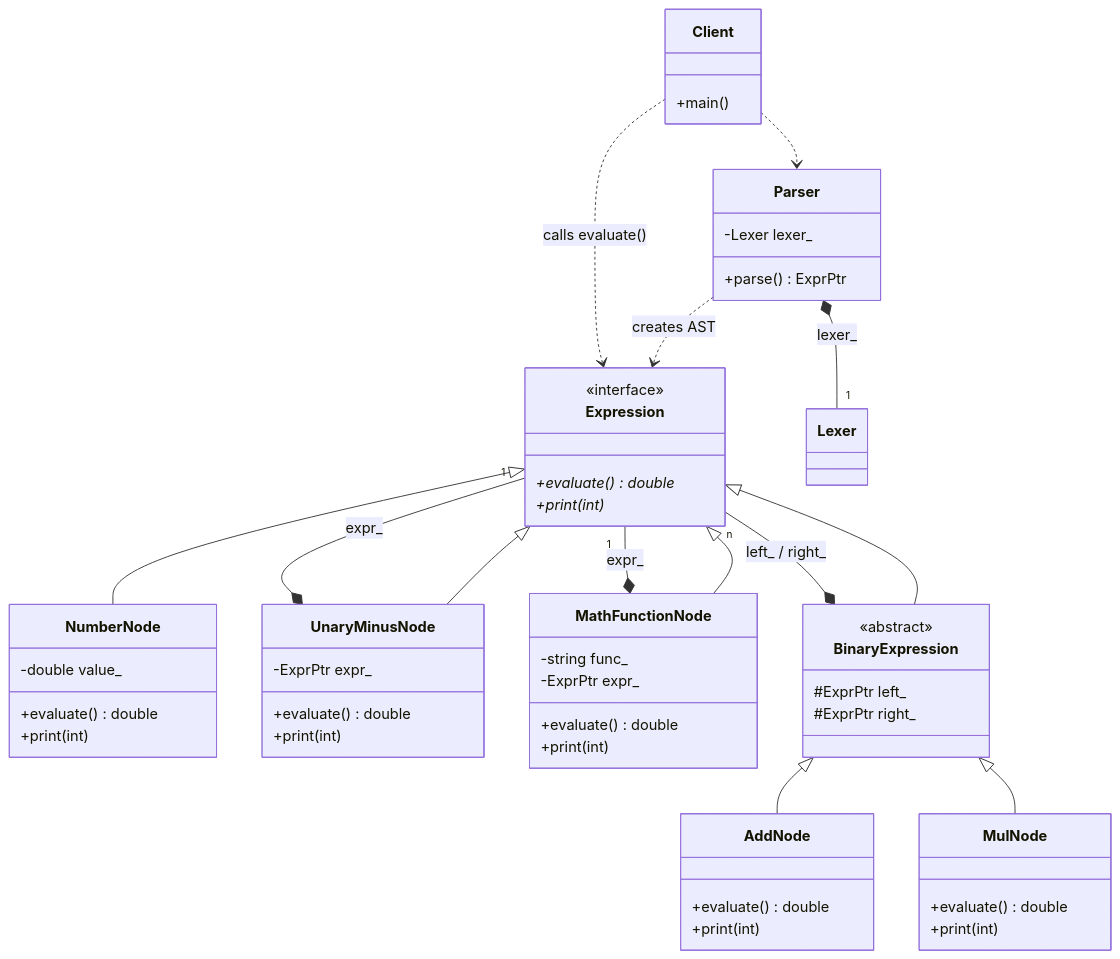
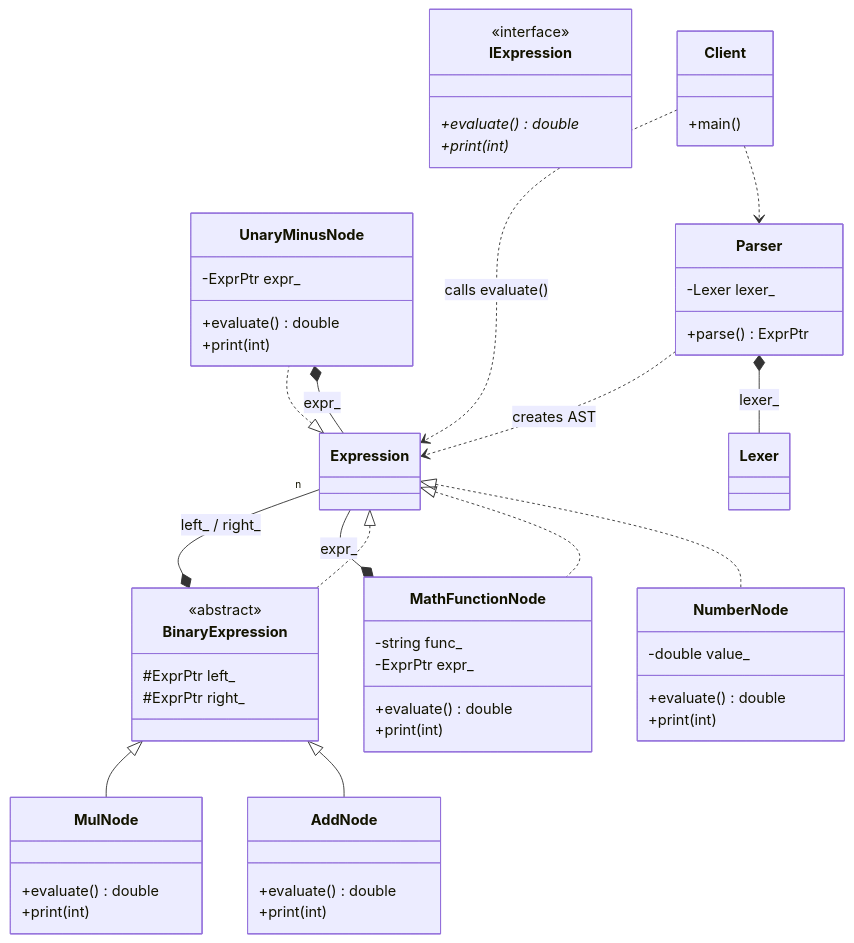
One commit to Cichlidfishexigency721/Modern-CPP-Design-Patterns changed the diagram in 20_Interpreter/Interpreter_GoF_AST/diagram.md. Above: the diagram before and after it, drawn with Mermaid. The commit also changed 1 other file, not shown here.

Commit message:
UML improvement

````diff
--- a/20_Interpreter/Interpreter_GoF_AST/diagram.md
+++ b/20_Interpreter/Interpreter_GoF_AST/diagram.md
@@ -3,71 +3,71 @@
 ```mermaid
 classDiagram
-   class Expression {
+   class IExpression {
       <<interface>>
       +evaluate()* double
       +print(int)*
    }
 
    class NumberNode {
       -double value_
       +evaluate() double
       +print(int)
    }
 
    class UnaryMinusNode {
       -ExprPtr expr_
       +evaluate() double
       +print(int)
    }
 
    class MathFunctionNode {
       -string func_
       -ExprPtr expr_
       +evaluate() double
       +print(int)
    }
 
    class BinaryExpression {
       <<abstract>>
       #ExprPtr left_
       #ExprPtr right_
    }
 
    class AddNode {
       +evaluate() double
       +print(int)
    }
 
    class MulNode {
       +evaluate() double
       +print(int)
    }
 
    class Parser {
       -Lexer lexer_
       +parse() ExprPtr
    }
 
    class Client {
       +main()
    }
 
    %% Inheritance
-   Expression <|-- NumberNode
-   Expression <|-- UnaryMinusNode
-   Expression <|-- MathFunctionNode
-   Expression <|-- BinaryExpression
+   Expression <|.. NumberNode
+   Expression <|.. UnaryMinusNode
+   Expression <|.. MathFunctionNode
+   Expression <|.. BinaryExpression
    BinaryExpression <|-- AddNode
    BinaryExpression <|-- MulNode
 
    %% Composition
    BinaryExpression *-- "n" Expression : left_ / right_
-   UnaryMinusNode *-- "1" Expression : expr_
-   MathFunctionNode *-- "1" Expression : expr_
-   Parser *-- "1" Lexer : lexer_
+   UnaryMinusNode *-- Expression : expr_
+   MathFunctionNode *-- Expression : expr_
+   Parser *-- Lexer : lexer_
 
    %% Dependency
    Parser ..> Expression : creates AST
    Client ..> Parser
    Client ..> Expression : calls evaluate()
 ```
````
